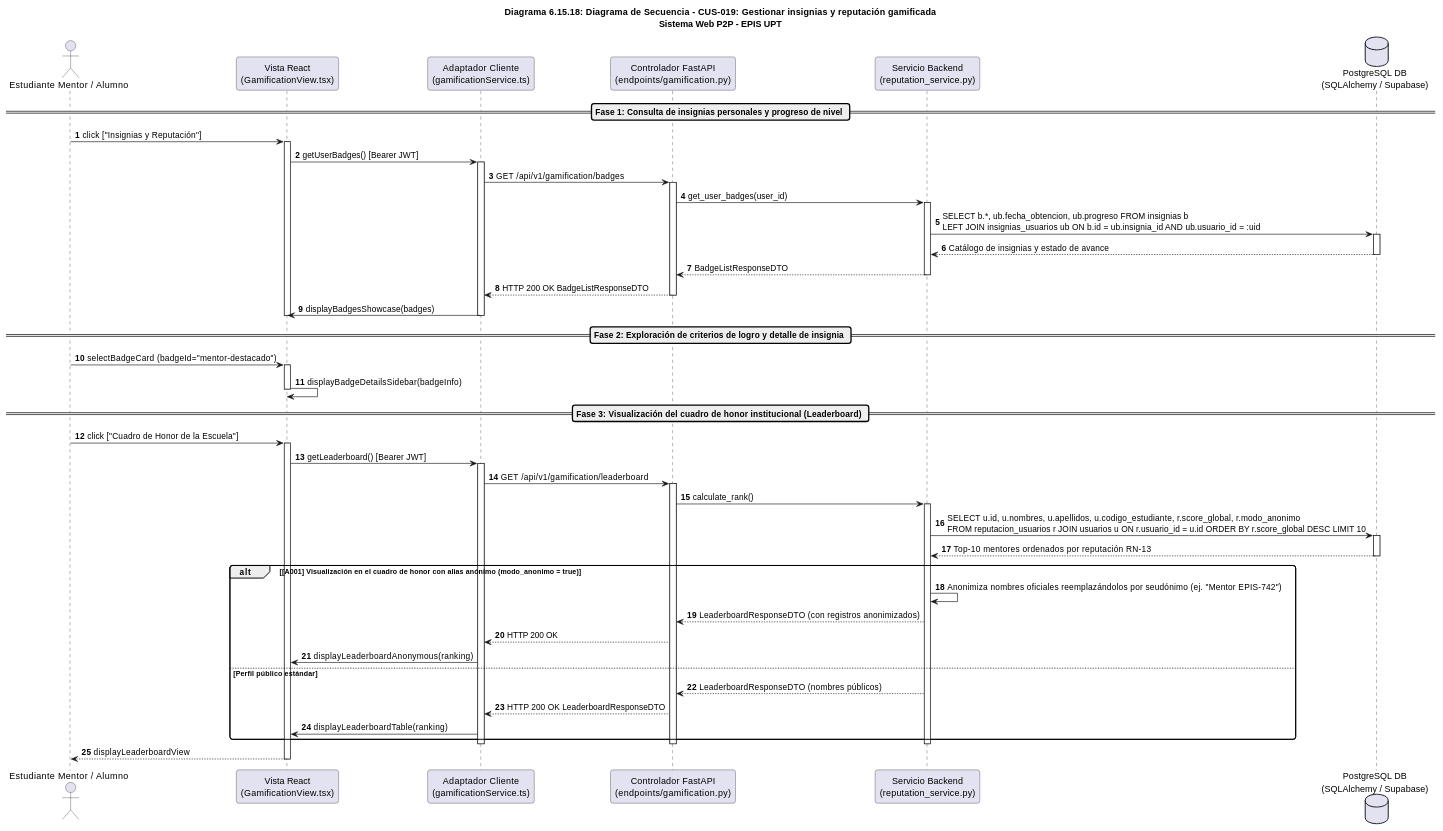
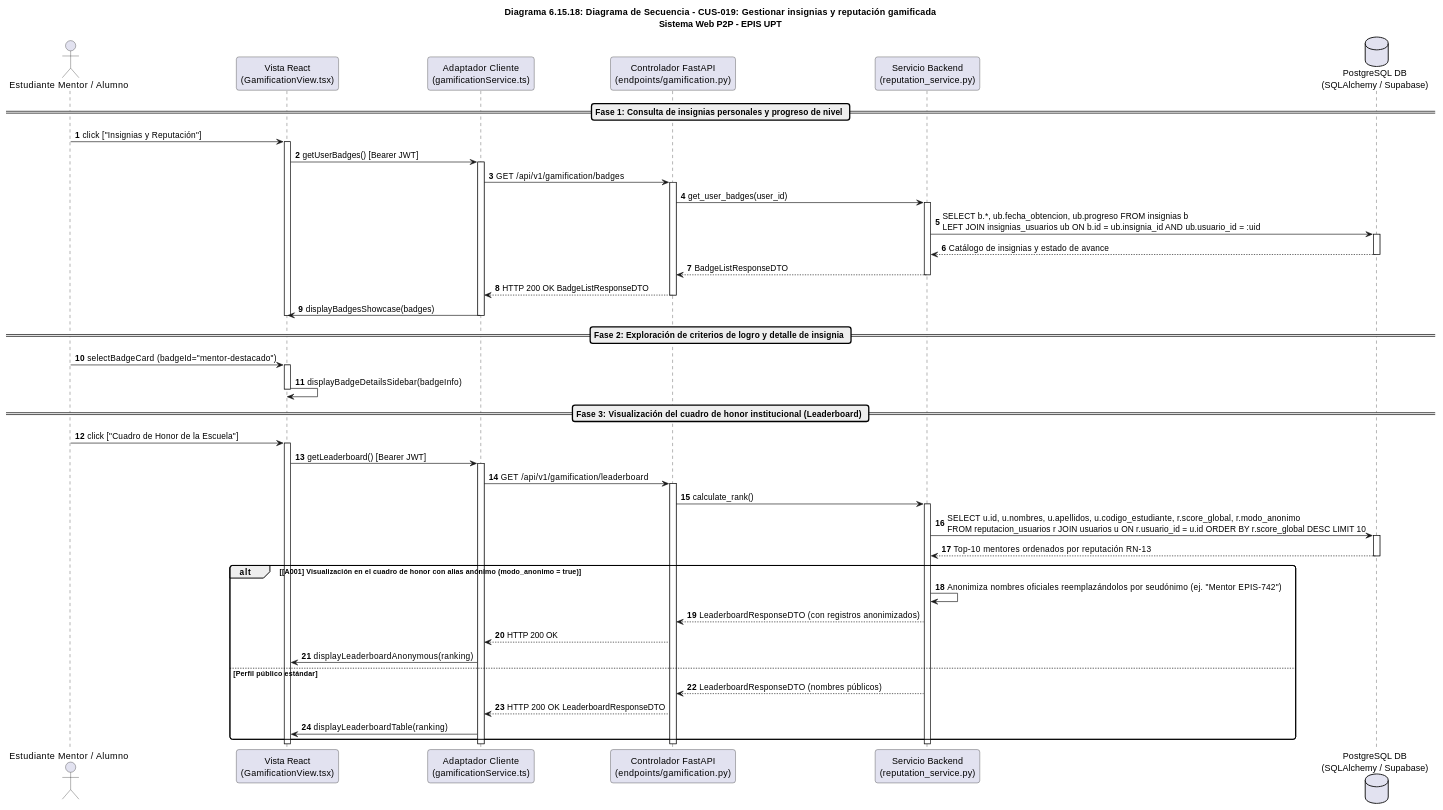
Diagram 19 of 25 in docs/diseño/DIAGRAMAS_DE_SECUENCIA_CONSOLIDADOS.md (JMedina255/sistema_web_p2p), drawn with PlantUML before and after one commit. The commit also changed other lines of this file and 1 other file, not shown here.

Commit message:
docs(diseño): alinear diagramas de secuencia con estándar Visual Paradigm y flujo de vista estricto

````diff
--- a/docs/diseño/DIAGRAMAS_DE_SECUENCIA_CONSOLIDADOS.md
+++ b/docs/diseño/DIAGRAMAS_DE_SECUENCIA_CONSOLIDADOS.md
@@ -2252,78 +2227,76 @@
 ```plantuml
 @startuml
 title Diagrama 6.15.18: Diagrama de Secuencia - CUS-019: Gestionar insignias y reputación gamificada\nSistema Web P2P - EPIS UPT
 
 autonumber
 skinparam shadowing false
 skinparam roundcorner 8
 skinparam defaultFontName Arial
 skinparam fontSize 11
 skinparam sequenceBoxBorderColor #1E3A8A
 skinparam sequenceBoxBackgroundColor #F0F4F8
 
 actor "Estudiante Mentor / Alumno" as User
 participant "Vista React\n(GamificationView.tsx)" as UI
 participant "Adaptador Cliente\n(gamificationService.ts)" as Client
 participant "Controlador FastAPI\n(endpoints/gamification.py)" as API
 participant "Servicio Backend\n(reputation_service.py)" as Service
 database "PostgreSQL DB\n(SQLAlchemy / Supabase)" as DB
 
 == Fase 1: Consulta de insignias personales y progreso de nivel ==
 User -> UI: click ["Insignias y Reputación"]
 activate UI
 UI -> Client: getUserBadges() [Bearer JWT]
 activate Client
 Client -> API: GET /api/v1/gamification/badges
 activate API
 API -> Service: get_user_badges(user_id)
 activate Service
 Service -> DB: SELECT b.*, ub.fecha_obtencion, ub.progreso FROM insignias b\nLEFT JOIN insignias_usuarios ub ON b.id = ub.insignia_id AND ub.usuario_id = :uid
 activate DB
 DB --> Service: Catálogo de insignias y estado de avance
 deactivate DB
 Service --> API: BadgeListResponseDTO
 deactivate Service
 API --> Client: HTTP 200 OK BadgeListResponseDTO
 deactivate API
 Client -> UI: displayBadgesShowcase(badges)
 deactivate Client
 deactivate UI
 
 == Fase 2: Exploración de criterios de logro y detalle de insignia ==
 User -> UI: selectBadgeCard (badgeId="mentor-destacado")
 activate UI
 UI -> UI: displayBadgeDetailsSidebar(badgeInfo)
 deactivate UI
 
 == Fase 3: Visualización del cuadro de honor institucional (Leaderboard) ==
 User -> UI: click ["Cuadro de Honor de la Escuela"]
 activate UI
 UI -> Client: getLeaderboard() [Bearer JWT]
 activate Client
 Client -> API: GET /api/v1/gamification/leaderboard
 activate API
 API -> Service: calculate_rank()
 activate Service
 Service -> DB: SELECT u.id, u.nombres, u.apellidos, u.codigo_estudiante, r.score_global, r.modo_anonimo\nFROM reputacion_usuarios r JOIN usuarios u ON r.usuario_id = u.id ORDER BY r.score_global DESC LIMIT 10
 activate DB
 DB --> Service: Top-10 mentores ordenados por reputación RN-13
 deactivate DB
 
 alt [A001] Visualización en el cuadro de honor con alias anónimo (modo_anonimo = true)
     Service -> Service: Anonimiza nombres oficiales reemplazándolos por seudónimo (ej. "Mentor EPIS-742")
     Service --> API: LeaderboardResponseDTO (con registros anonimizados)
     API --> Client: HTTP 200 OK
     Client -> UI: displayLeaderboardAnonymous(ranking)
 else Perfil público estándar
     Service --> API: LeaderboardResponseDTO (nombres públicos)
     API --> Client: HTTP 200 OK LeaderboardResponseDTO
     Client -> UI: displayLeaderboardTable(ranking)
 end
 deactivate Service
 deactivate API
 deactivate Client
-
-UI --> User: displayLeaderboardView
 deactivate UI
 @enduml
 ```
````
